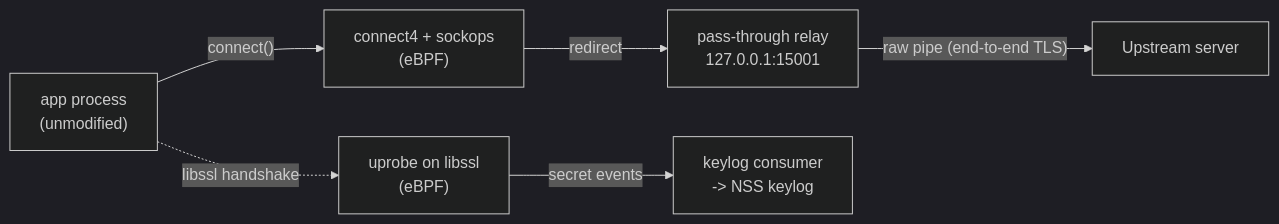
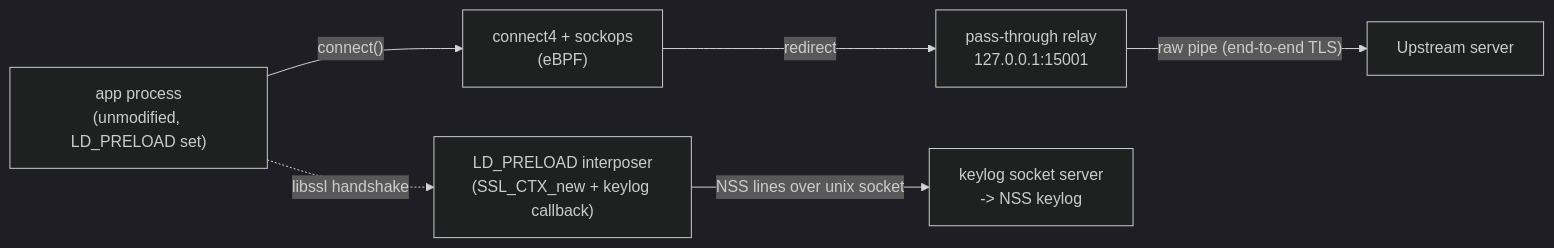
One commit to mesbrj/GO-eBPF-Proxy changed the first of 2 diagrams in README.md. Above: the diagram before and after it, drawn with Mermaid (dark theme). The commit also changed other lines of this file, not shown here.

Commit message:
docs(readme): describe the LD_PRELOAD keylog interposer (AD-010)

````diff
--- a/README.md
+++ b/README.md
@@ -37,8 +39,8 @@
 ```mermaid
 flowchart LR
-    app["app process<br/>(unmodified)"] -- "connect()" --> kern["connect4 + sockops<br/>(eBPF)"]
+    app["app process<br/>(unmodified, LD_PRELOAD set)"] -- "connect()" --> kern["connect4 + sockops<br/>(eBPF)"]
     kern -- "redirect" --> relay["pass-through relay<br/>127.0.0.1:15001"]
     relay -- "raw pipe (end-to-end TLS)" --> upstream["Upstream server"]
-    app -. "libssl handshake" .-> uprobe["uprobe on libssl<br/>(eBPF)"]
-    uprobe -- "secret events" --> keylog["keylog consumer<br/>-> NSS keylog"]
+    app -. "libssl handshake" .-> interposer["LD_PRELOAD interposer<br/>(SSL_CTX_new + keylog callback)"]
+    interposer -- "NSS lines over unix socket" --> keylog["keylog socket server<br/>-> NSS keylog"]
 ```
````
